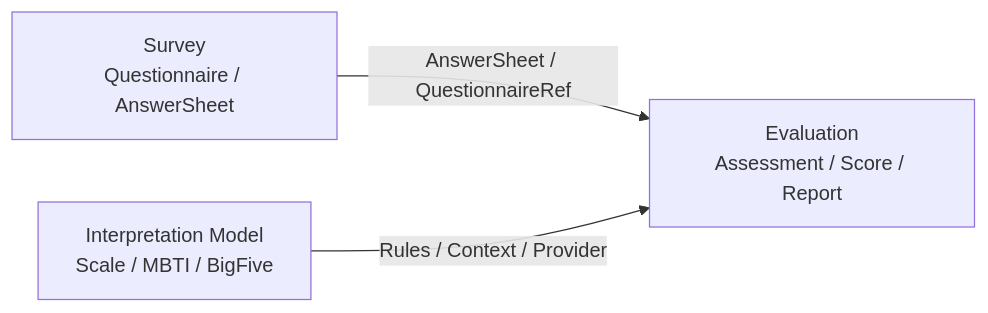
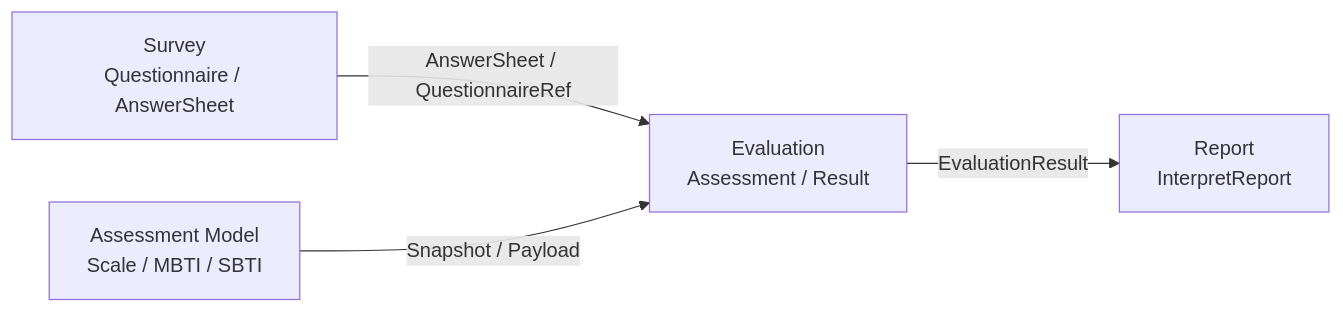
Before and after one commit to FangcunMount/qs-server: the first of 2 diagrams in docs/02-业务模块/scale/README.md, drawn with Mermaid. The commit also changed other lines of this file and 170 other files, not shown here.

First line of the commit message:
refactor(docs): update documentation to reflect assessment model changes

````diff
--- a/docs/02-业务模块/scale/README.md
+++ b/docs/02-业务模块/scale/README.md
@@ -74,9 +76,11 @@
 ```mermaid
 flowchart LR
     Survey[Survey\nQuestionnaire / AnswerSheet]
-    Model[Interpretation Model\nScale / MBTI / BigFive]
-    Eval[Evaluation\nAssessment / Score / Report]
+    Model[Assessment Model\nScale / MBTI / SBTI]
+    Eval[Evaluation\nAssessment / Result]
+    Report[Report\nInterpretReport]
 
     Survey -->|AnswerSheet / QuestionnaireRef| Eval
-    Model -->|Rules / Context / Provider| Eval
+    Model -->|Snapshot / Payload| Eval
+    Eval -->|EvaluationResult| Report
 ```
````
